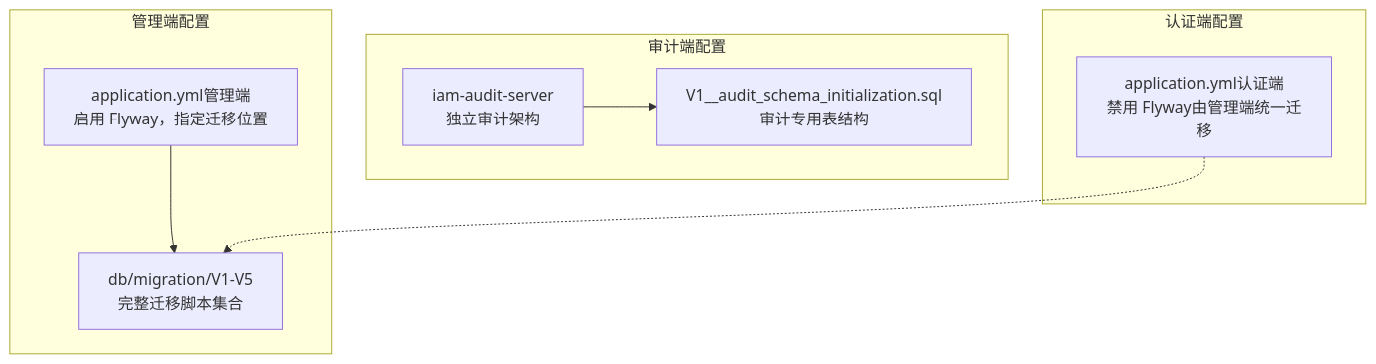
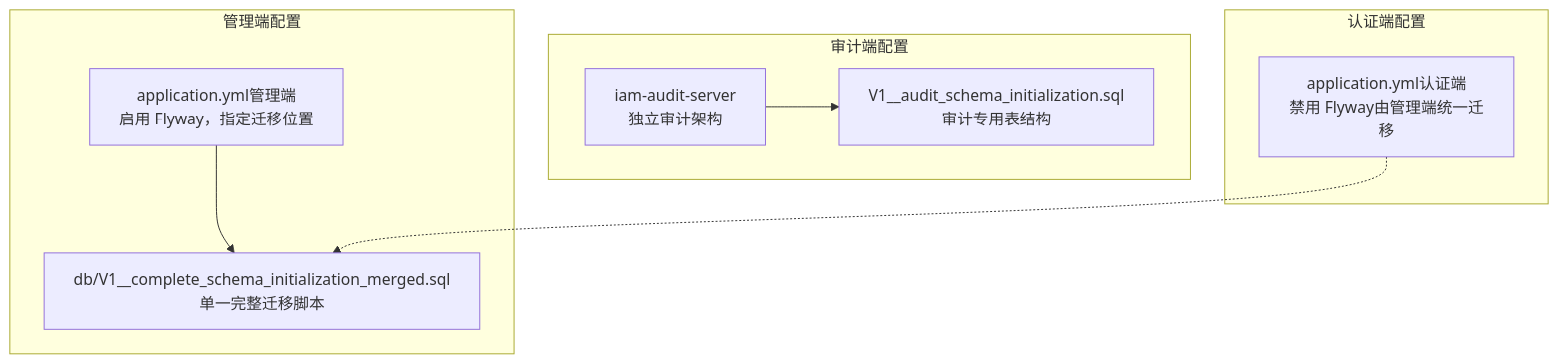
One commit to fq0121104930716/iam-platform changed the first of 11 diagrams in .qoder/repowiki/zh/content/数据库设计/数据库架构/数据库架构.md. Above: the diagram before and after it, drawn with Mermaid. The commit also changed other lines of this file and 42 other files, not shown here.

````diff
--- a/.qoder/repowiki/zh/content/数据库设计/数据库架构/数据库架构.md
+++ b/.qoder/repowiki/zh/content/数据库设计/数据库架构/数据库架构.md
@@ -67,17 +62,17 @@
 ```mermaid
 graph TB
 subgraph "管理端配置"
 A["application.yml管理端<br/>启用 Flyway，指定迁移位置"]
-B["db/migration/V1-V5<br/>完整迁移脚本集合"]
+B["db/V1__complete_schema_initialization_merged.sql<br/>单一完整迁移脚本"]
 end
 subgraph "审计端配置"
 C["iam-audit-server<br/>独立审计架构"]
 D["V1__audit_schema_initialization.sql<br/>审计专用表结构"]
 end
 subgraph "认证端配置"
 E["application.yml认证端<br/>禁用 Flyway由管理端统一迁移"]
 end
 A --> B
 C --> D
 E -.-> B
 ```
````
